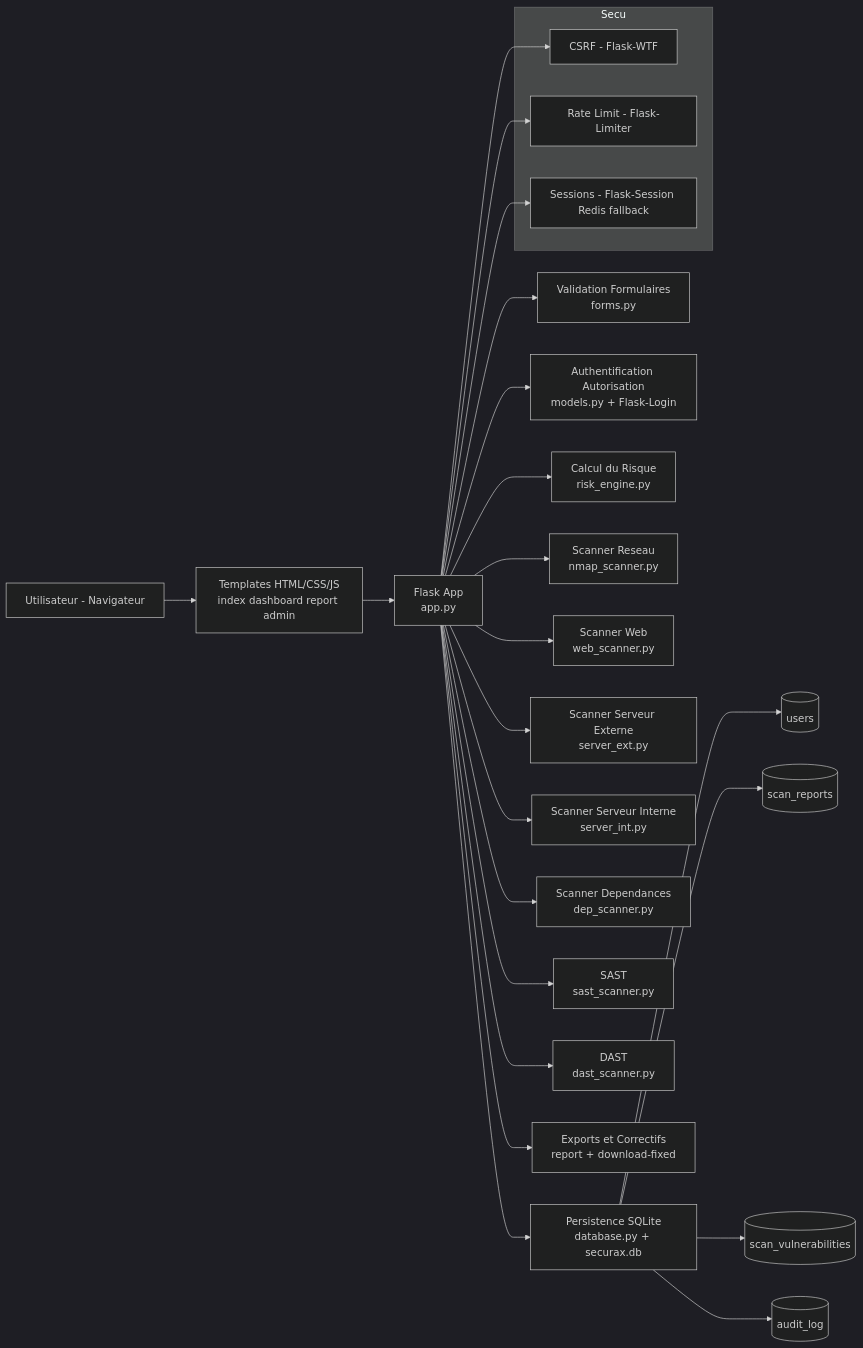
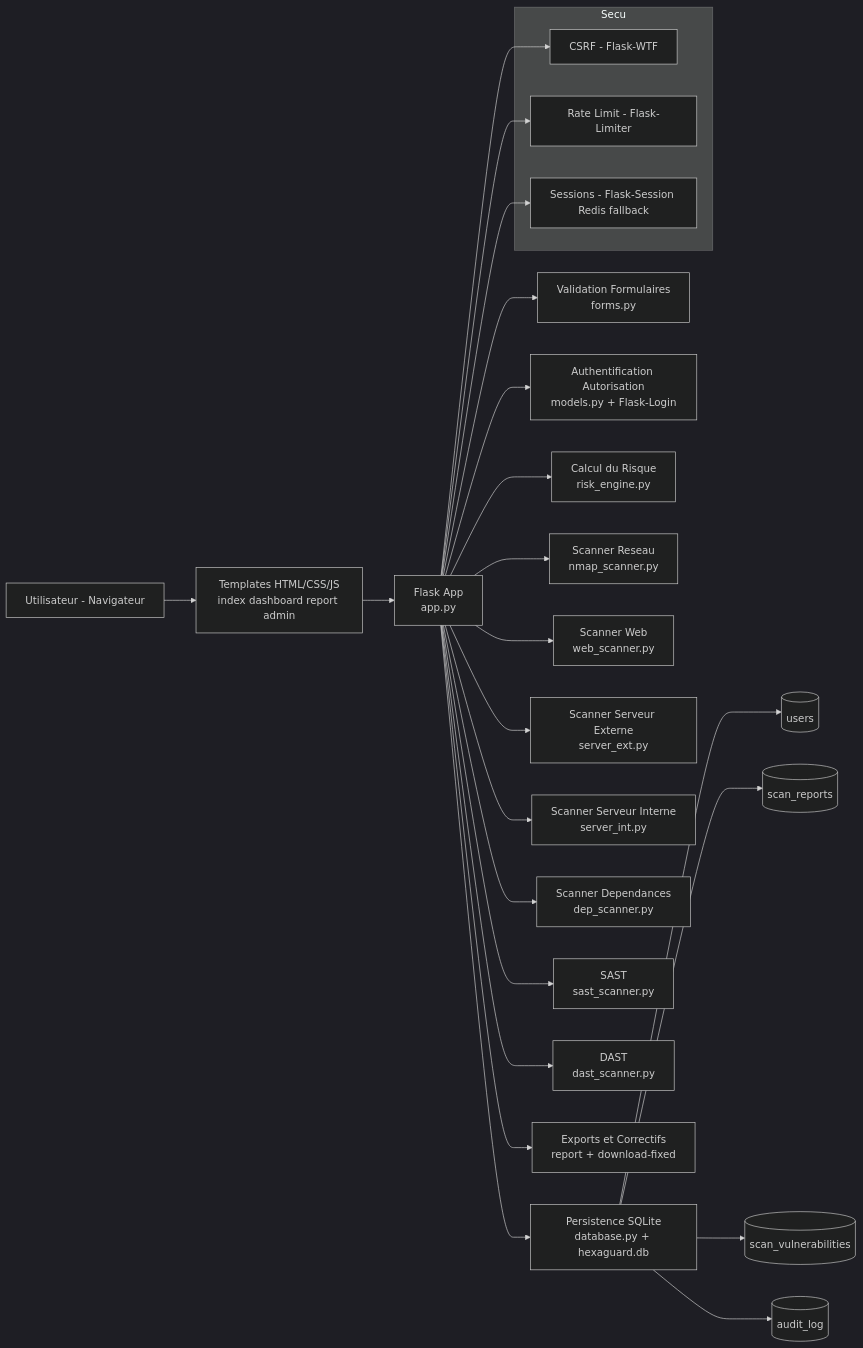
One commit to Abdallahbenaicha/HexaGuard changed the first of 2 diagrams in backend/archive_non_runtime/sample/Architecture_ERD_Slides_FR.md. Above: the diagram before and after it, drawn with Mermaid (dark theme). The commit also changed other lines of this file and 108 other files, not shown here.

````diff
--- a/backend/archive_non_runtime/sample/Architecture_ERD_Slides_FR.md
+++ b/backend/archive_non_runtime/sample/Architecture_ERD_Slides_FR.md
@@ -5,38 +5,38 @@
 ```mermaid
 graph LR
     U[Utilisateur - Navigateur]
     UI[Templates HTML/CSS/JS\nindex dashboard report admin]
 
     U --> UI
     UI --> A[Flask App\napp.py]
 
     A --> F[Validation Formulaires\nforms.py]
     A --> M[Authentification Autorisation\nmodels.py + Flask-Login]
     A --> R[Calcul du Risque\nrisk_engine.py]
 
     A --> S1[Scanner Reseau\nnmap_scanner.py]
     A --> S2[Scanner Web\nweb_scanner.py]
     A --> S3[Scanner Serveur Externe\nserver_ext.py]
     A --> S4[Scanner Serveur Interne\nserver_int.py]
     A --> S5[Scanner Dependances\ndep_scanner.py]
     A --> S6[SAST\nsast_scanner.py]
     A --> S7[DAST\ndast_scanner.py]
 
-    A --> D[Persistence SQLite\ndatabase.py + securax.db]
+    A --> D[Persistence SQLite\ndatabase.py + hexaguard.db]
     D --> T1[(users)]
     D --> T2[(scan_reports)]
     D --> T3[(scan_vulnerabilities)]
     D --> T4[(audit_log)]
 
     A --> P[Exports et Correctifs\nreport + download-fixed]
 
     subgraph Secu
         C1[CSRF - Flask-WTF]
         C2[Rate Limit - Flask-Limiter]
         C3[Sessions - Flask-Session Redis fallback]
     end
 
     A --> C1
     A --> C2
     A --> C3
 ```
````
